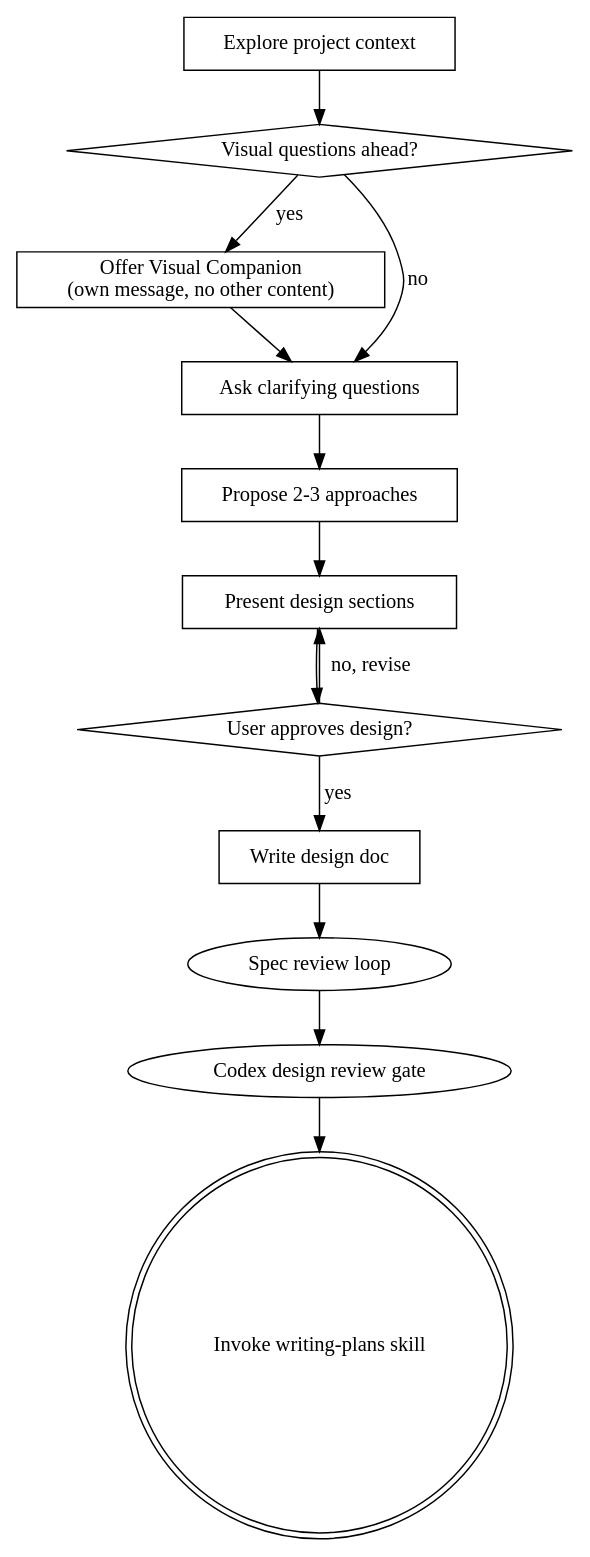
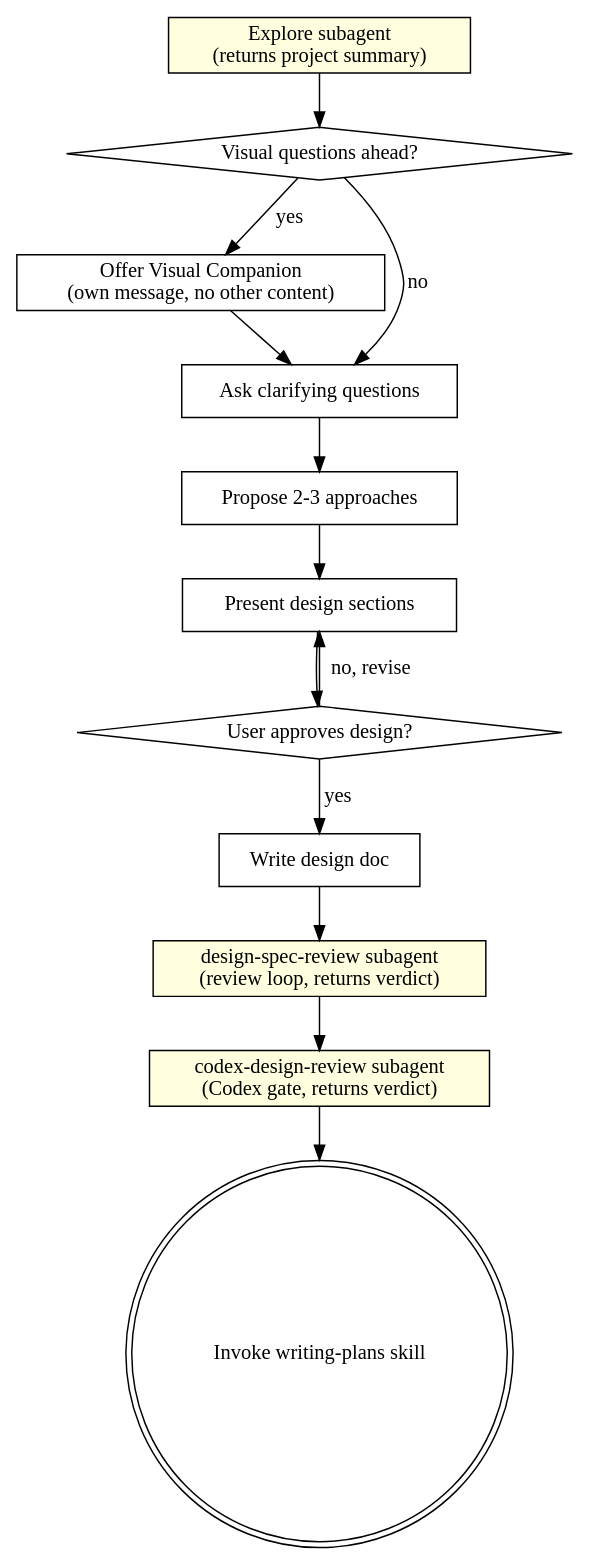
Before and after one commit to ebitoro/superpowers: the diagram in skills/brainstorming/SKILL.md, drawn with Graphviz. The commit also changed other lines of this file and 2 other files, not shown here.

First line of the commit message:
refactor(brainstorming): offload exploration and review phases to subagents

````diff
--- a/skills/brainstorming/SKILL.md
+++ b/skills/brainstorming/SKILL.md
@@ -36,26 +36,28 @@
 ```dot
 digraph brainstorming {
-    "Explore project context" [shape=box];
+    "Explore subagent\n(returns project summary)" [shape=box style=filled fillcolor=lightyellow];
     "Visual questions ahead?" [shape=diamond];
     "Offer Visual Companion\n(own message, no other content)" [shape=box];
     "Ask clarifying questions" [shape=box];
     "Propose 2-3 approaches" [shape=box];
     "Present design sections" [shape=box];
     "User approves design?" [shape=diamond];
     "Write design doc" [shape=box];
+    "design-spec-review subagent\n(review loop, returns verdict)" [shape=box style=filled fillcolor=lightyellow];
+    "codex-design-review subagent\n(Codex gate, returns verdict)" [shape=box style=filled fillcolor=lightyellow];
     "Invoke writing-plans skill" [shape=doublecircle];
 
-    "Explore project context" -> "Visual questions ahead?";
+    "Explore subagent\n(returns project summary)" -> "Visual questions ahead?";
     "Visual questions ahead?" -> "Offer Visual Companion\n(own message, no other content)" [label="yes"];
     "Visual questions ahead?" -> "Ask clarifying questions" [label="no"];
     "Offer Visual Companion\n(own message, no other content)" -> "Ask clarifying questions";
     "Ask clarifying questions" -> "Propose 2-3 approaches";
     "Propose 2-3 approaches" -> "Present design sections";
     "Present design sections" -> "User approves design?";
     "User approves design?" -> "Present design sections" [label="no, revise"];
     "User approves design?" -> "Write design doc" [label="yes"];
-    "Write design doc" -> "Spec review loop";
-    "Spec review loop" -> "Codex design review gate";
-    "Codex design review gate" -> "Invoke writing-plans skill";
+    "Write design doc" -> "design-spec-review subagent\n(review loop, returns verdict)";
+    "design-spec-review subagent\n(review loop, returns verdict)" -> "codex-design-review subagent\n(Codex gate, returns verdict)";
+    "codex-design-review subagent\n(Codex gate, returns verdict)" -> "Invoke writing-plans skill";
 }
 ```
````
